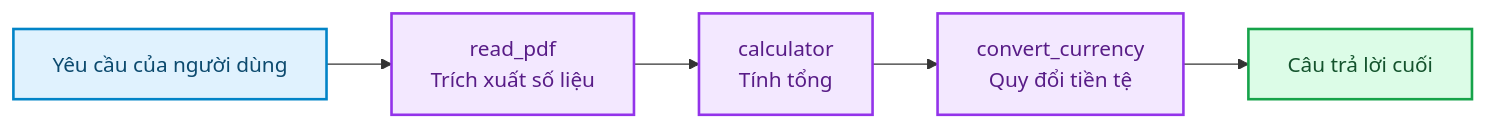
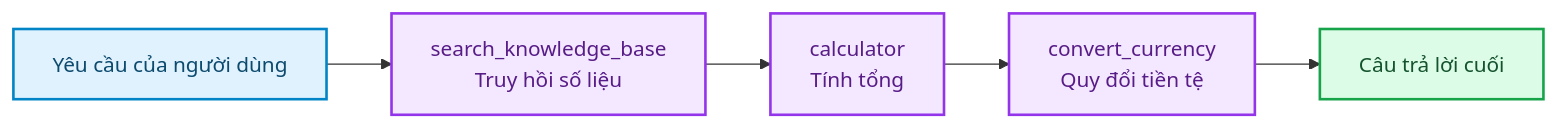
One commit to TanMinhNgo/agent-series changed the first of 3 diagrams in README.md. Above: the diagram before and after it, drawn with Mermaid. The commit also changed other lines of this file and 23 other files, not shown here.

First line of the commit message:
feat: Implement PostgreSQL persistence for chat and document knowledge base

````diff
--- a/README.md
+++ b/README.md
@@ -34,14 +34,14 @@
 ```mermaid
 flowchart LR
-    Q["Yêu cầu của người dùng"] --> PDF["read_pdf<br/>Trích xuất số liệu"]
+    Q["Yêu cầu của người dùng"] --> PDF["search_knowledge_base<br/>Truy hồi số liệu"]
     PDF --> CALC["calculator<br/>Tính tổng"]
     CALC --> FX["convert_currency<br/>Quy đổi tiền tệ"]
     FX --> A["Câu trả lời cuối"]
 
     classDef input fill:#E0F2FE,stroke:#0284C7,color:#0C4A6E,stroke-width:2px;
     classDef tool fill:#F3E8FF,stroke:#9333EA,color:#581C87,stroke-width:2px;
     classDef output fill:#DCFCE7,stroke:#16A34A,color:#14532D,stroke-width:2px;
     class Q input;
     class PDF,CALC,FX tool;
     class A output;
 ```
````
